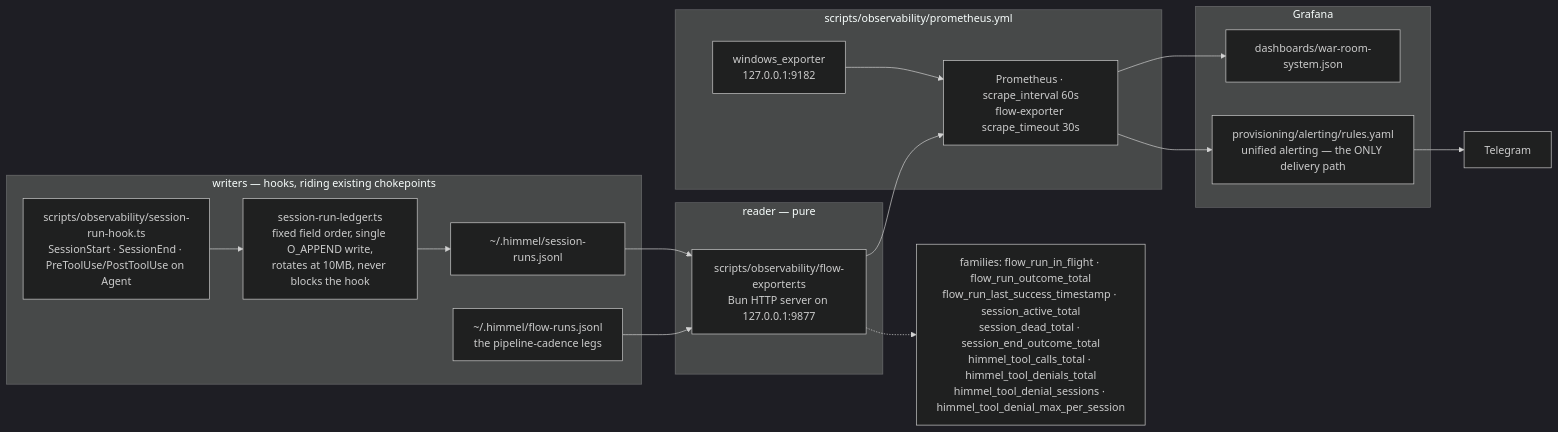
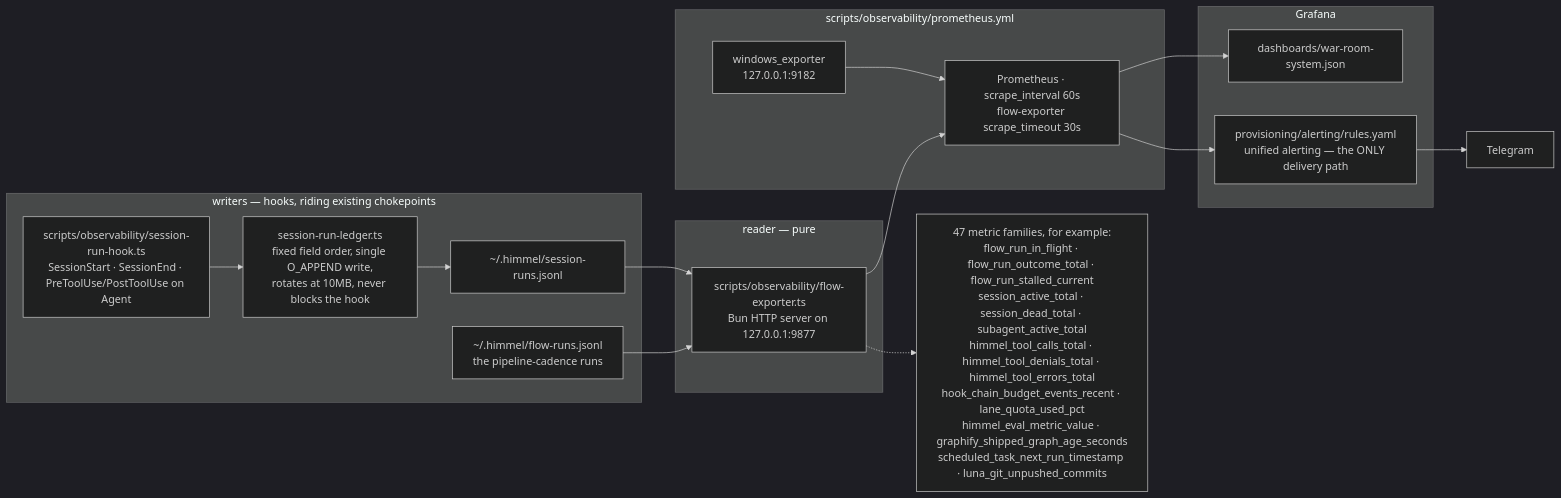
One commit to yotamleo-org/Himmel changed the fifth of 5 diagrams in docs/architecture.md. Above: the diagram before and after it, drawn with Mermaid (dark theme). The commit also changed other lines of this file and 4 other files, not shown here.

````diff
--- a/docs/architecture.md
+++ b/docs/architecture.md
@@ -230,34 +264,34 @@
 ```mermaid
 flowchart LR
     subgraph WRITE["writers — hooks, riding existing chokepoints"]
         HK["scripts/observability/session-run-hook.ts<br/>SessionStart · SessionEnd · PreToolUse/PostToolUse on Agent"]
         SL["session-run-ledger.ts<br/>fixed field order, single O_APPEND write,<br/>rotates at 10MB, never blocks the hook"]
         LED["~/.himmel/session-runs.jsonl"]
-        FLOW["~/.himmel/flow-runs.jsonl<br/>the pipeline-cadence legs"]
+        FLOW["~/.himmel/flow-runs.jsonl<br/>the pipeline-cadence runs"]
         HK --> SL --> LED
     end
 
     subgraph READ["reader — pure"]
         EXP["scripts/observability/flow-exporter.ts<br/>Bun HTTP server on 127.0.0.1:9877"]
         LED --> EXP
         FLOW --> EXP
     end
 
     subgraph SCRAPE["scripts/observability/prometheus.yml"]
         PROM["Prometheus · scrape_interval 60s<br/>flow-exporter scrape_timeout 30s"]
         WEXP["windows_exporter<br/>127.0.0.1:9182"]
         EXP --> PROM
         WEXP --> PROM
     end
 
     subgraph VIEW["Grafana"]
         DASH["dashboards/war-room-system.json"]
         ALERT["provisioning/alerting/rules.yaml<br/>unified alerting — the ONLY delivery path"]
         PROM --> DASH
         PROM --> ALERT
     end
 
     ALERT --> TG["Telegram"]
 
-    EXP -.-> M["families: flow_run_in_flight · flow_run_outcome_total<br/>flow_run_last_success_timestamp · session_active_total<br/>session_dead_total · session_end_outcome_total<br/>himmel_tool_calls_total · himmel_tool_denials_total<br/>himmel_tool_denial_sessions · himmel_tool_denial_max_per_session"]
+    EXP -.-> M["47 metric families, for example:<br/>flow_run_in_flight · flow_run_outcome_total · flow_run_stalled_current<br/>session_active_total · session_dead_total · subagent_active_total<br/>himmel_tool_calls_total · himmel_tool_denials_total · himmel_tool_errors_total<br/>hook_chain_budget_events_recent · lane_quota_used_pct<br/>himmel_eval_metric_value · graphify_shipped_graph_age_seconds<br/>scheduled_task_next_run_timestamp · luna_git_unpushed_commits"]
 ```
````
